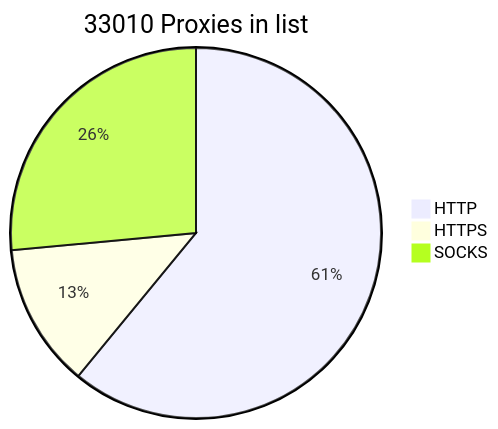
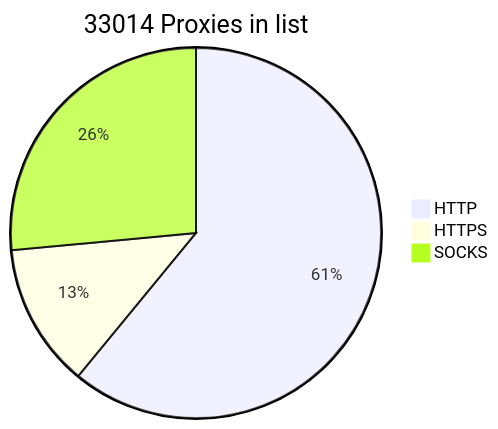
The diagram in README.md (BlackSnowDot/proxylist-update-every-minute), drawn with Mermaid before and after one commit.

````diff
--- a/README.md
+++ b/README.md
@@ -2,6 +2,6 @@
 ```mermaid
-pie title 33010 Proxies in list
-    "HTTP" : 22244
-    "HTTPS": 4582
+pie title 33014 Proxies in list
+    "HTTP" : 22247
+    "HTTPS": 4584
     "SOCKS" : 9664
 ```
````
